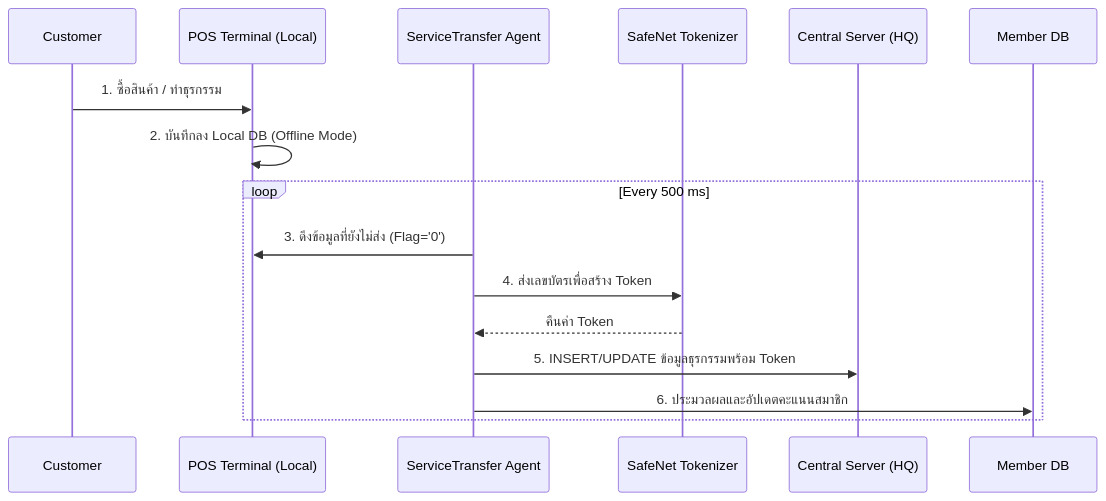
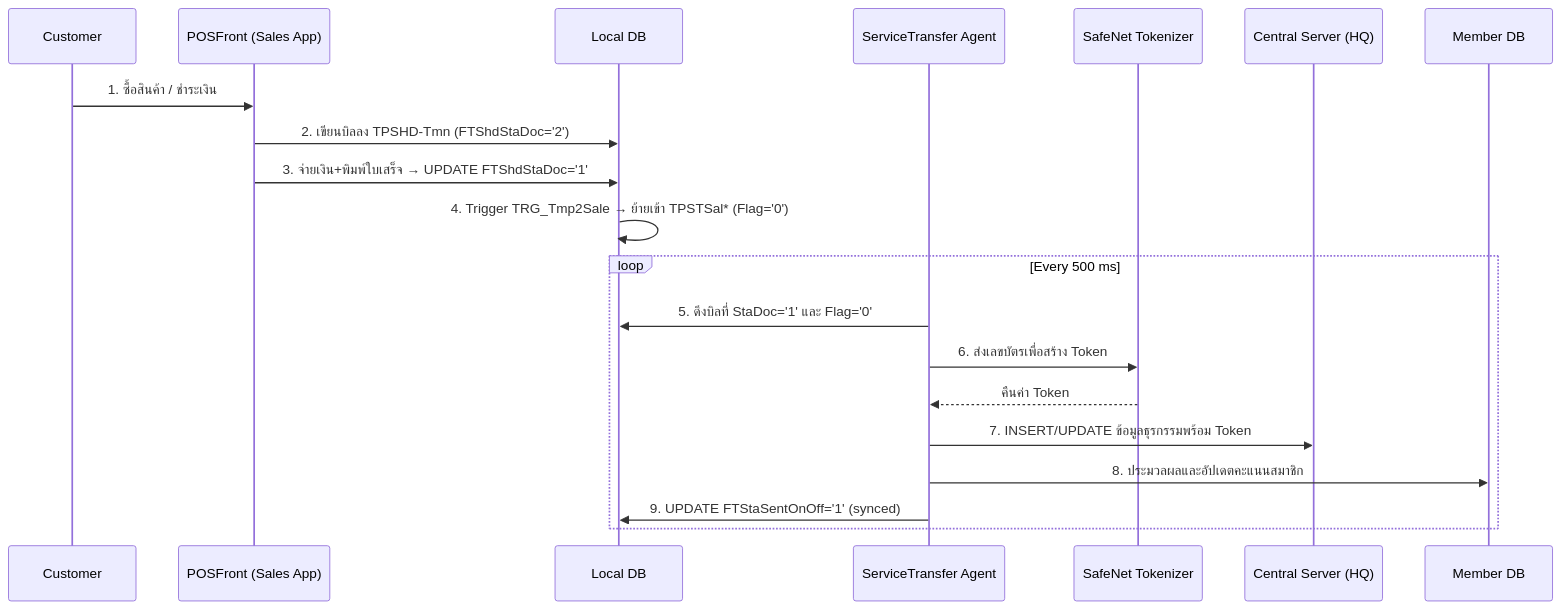
The first of 3 diagrams in doc-agy-ver/01_System_Architecture_and_SRS.md (fth-support/rev_engineer), drawn with Mermaid before and after one commit. The commit also changed other lines of this file and 282 other files, not shown here.

First line of the commit message:
feat: integrate POSFront (upstream POS producer) across docs, diagrams & web app

````diff
--- a/doc-agy-ver/01_System_Architecture_and_SRS.md
+++ b/doc-agy-ver/01_System_Architecture_and_SRS.md
@@ -27,19 +30,23 @@
 ```mermaid
 sequenceDiagram
     participant C as Customer
-    participant P as POS Terminal (Local)
+    participant PF as POSFront (Sales App)
+    participant L as Local DB
     participant S as ServiceTransfer Agent
     participant T as SafeNet Tokenizer
     participant HQ as Central Server (HQ)
     participant M as Member DB
 
-    C->>P: 1. ซื้อสินค้า / ทำธุรกรรม
-    P->>P: 2. บันทึกลง Local DB (Offline Mode)
+    C->>PF: 1. ซื้อสินค้า / ชำระเงิน
+    PF->>L: 2. เขียนบิลลง TPSHD-Tmn (FTShdStaDoc='2')
+    PF->>L: 3. จ่ายเงิน+พิมพ์ใบเสร็จ → UPDATE FTShdStaDoc='1'
+    L->>L: 4. Trigger TRG_Tmp2Sale → ย้ายเข้า TPSTSal* (Flag='0')
     loop Every 500 ms
-        S->>P: 3. ดึงข้อมูลที่ยังไม่ส่ง (Flag='0')
-        S->>T: 4. ส่งเลขบัตรเพื่อสร้าง Token
+        S->>L: 5. ดึงบิลที่ StaDoc='1' และ Flag='0'
+        S->>T: 6. ส่งเลขบัตรเพื่อสร้าง Token
         T-->>S: คืนค่า Token
-        S->>HQ: 5. INSERT/UPDATE ข้อมูลธุรกรรมพร้อม Token
-        S->>M: 6. ประมวลผลและอัปเดตคะแนนสมาชิก
+        S->>HQ: 7. INSERT/UPDATE ข้อมูลธุรกรรมพร้อม Token
+        S->>M: 8. ประมวลผลและอัปเดตคะแนนสมาชิก
+        S->>L: 9. UPDATE FTStaSentOnOff='1' (synced)
     end
 ```
````
